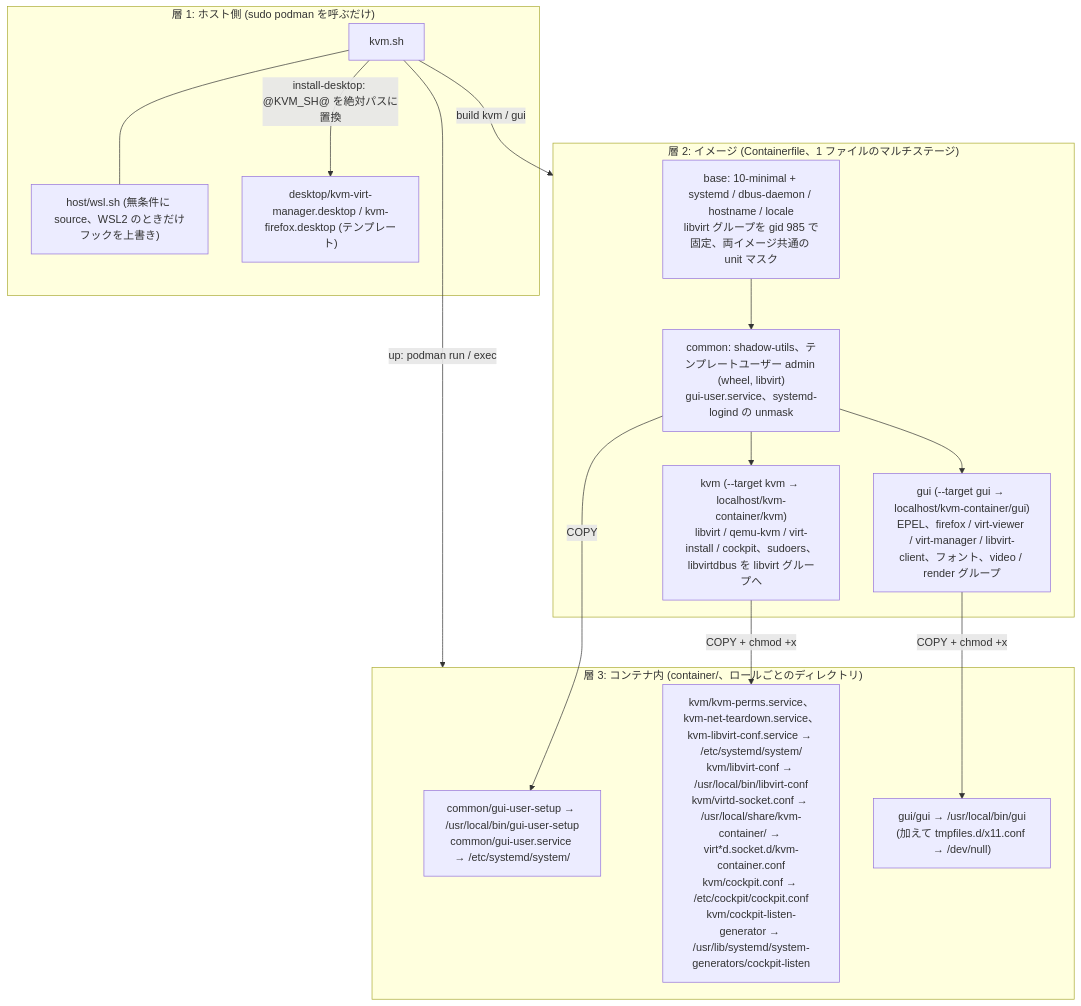
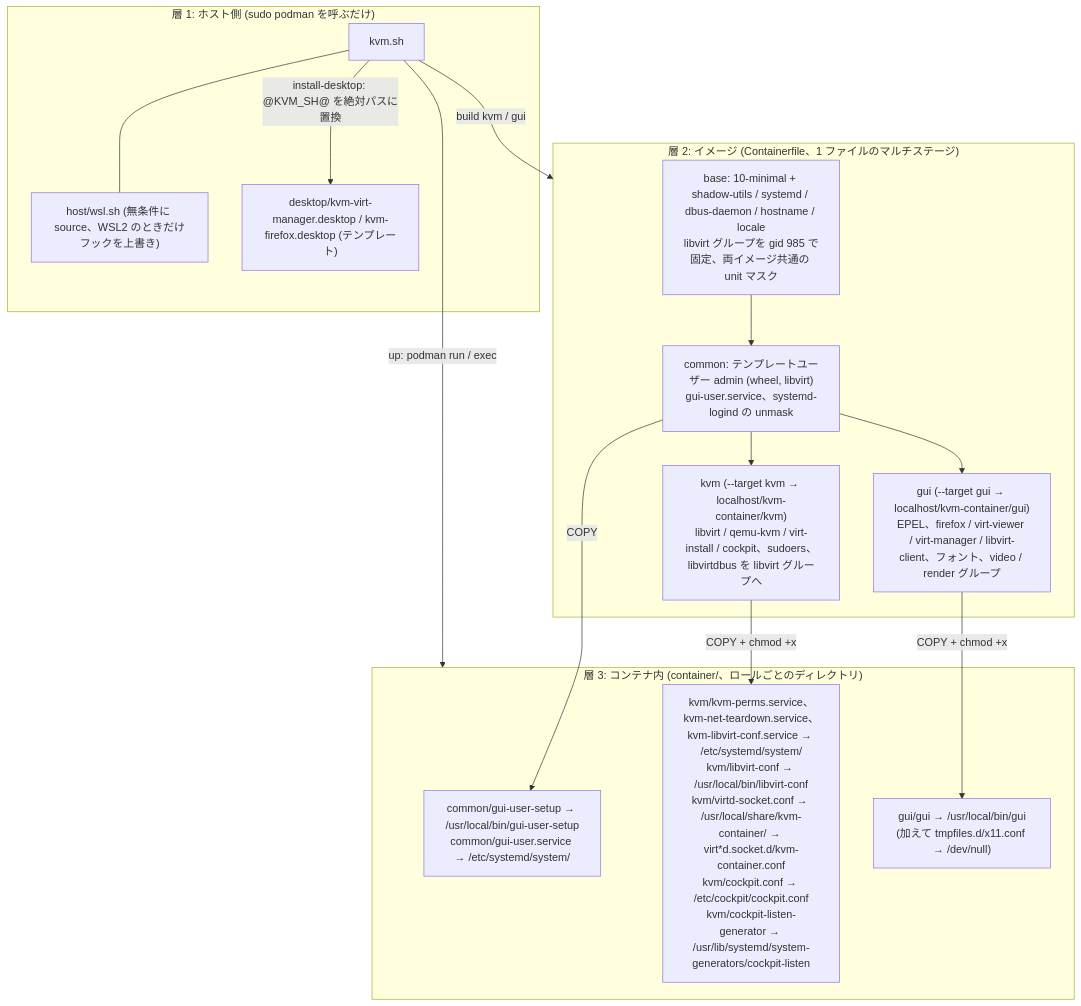
One commit to ryo-aoki-pc/kvm-container changed the fourth of 22 diagrams in docs/SPEC.md. Above: the diagram before and after it, drawn with Mermaid. The commit also changed other lines of this file and 2 other files, not shown here.

First line of the commit message:
base 段に shadow-utils を入れてイメージのビルドを直す (#19)

````diff
--- a/docs/SPEC.md
+++ b/docs/SPEC.md
@@ -224,27 +224,27 @@
 ```mermaid
 flowchart TB
   subgraph L1 ["層 1: ホスト側 (sudo podman を呼ぶだけ)"]
     kvmsh["kvm.sh"] --- wsl["host/wsl.sh (無条件に source、WSL2 のときだけフックを上書き)"]
     tmpl["desktop/kvm-virt-manager.desktop / kvm-firefox.desktop (テンプレート)"]
   end
   subgraph L2 ["層 2: イメージ (Containerfile、1 ファイルのマルチステージ)"]
-    base["base: 10-minimal + systemd / dbus-daemon / hostname / locale<br/>libvirt グループを gid 985 で固定、両イメージ共通の unit マスク"]
-    common["common: shadow-utils、テンプレートユーザー admin (wheel, libvirt)<br/>gui-user.service、systemd-logind の unmask"]
+    base["base: 10-minimal + shadow-utils / systemd / dbus-daemon / hostname / locale<br/>libvirt グループを gid 985 で固定、両イメージ共通の unit マスク"]
+    common["common: テンプレートユーザー admin (wheel, libvirt)<br/>gui-user.service、systemd-logind の unmask"]
     kvmimg["kvm (--target kvm → localhost/kvm-container/kvm)<br/>libvirt / qemu-kvm / virt-install / cockpit、sudoers、libvirtdbus を libvirt グループへ"]
     guiimg["gui (--target gui → localhost/kvm-container/gui)<br/>EPEL、firefox / virt-viewer / virt-manager / libvirt-client、フォント、video / render グループ"]
     base --> common
     common --> kvmimg
     common --> guiimg
   end
   subgraph L3 ["層 3: コンテナ内 (container/、ロールごとのディレクトリ)"]
     c1["common/gui-user-setup → /usr/local/bin/gui-user-setup<br/>common/gui-user.service → /etc/systemd/system/"]
     k1["kvm/kvm-perms.service、kvm-net-teardown.service、kvm-libvirt-conf.service → /etc/systemd/system/<br/>kvm/libvirt-conf → /usr/local/bin/libvirt-conf<br/>kvm/virtd-socket.conf → /usr/local/share/kvm-container/ → virt*d.socket.d/kvm-container.conf<br/>kvm/cockpit.conf → /etc/cockpit/cockpit.conf<br/>kvm/cockpit-listen-generator → /usr/lib/systemd/system-generators/cockpit-listen"]
     g1["gui/gui → /usr/local/bin/gui<br/>(加えて tmpfiles.d/x11.conf → /dev/null)"]
   end
   kvmsh -->|"build kvm / gui"| L2
   common -->|"COPY"| c1
   kvmimg -->|"COPY + chmod +x"| k1
   guiimg -->|"COPY + chmod +x"| g1
   kvmsh -->|"up: podman run / exec"| L3
   kvmsh -->|"install-desktop: @KVM_SH@ を絶対パスに置換"| tmpl
 ```
````
